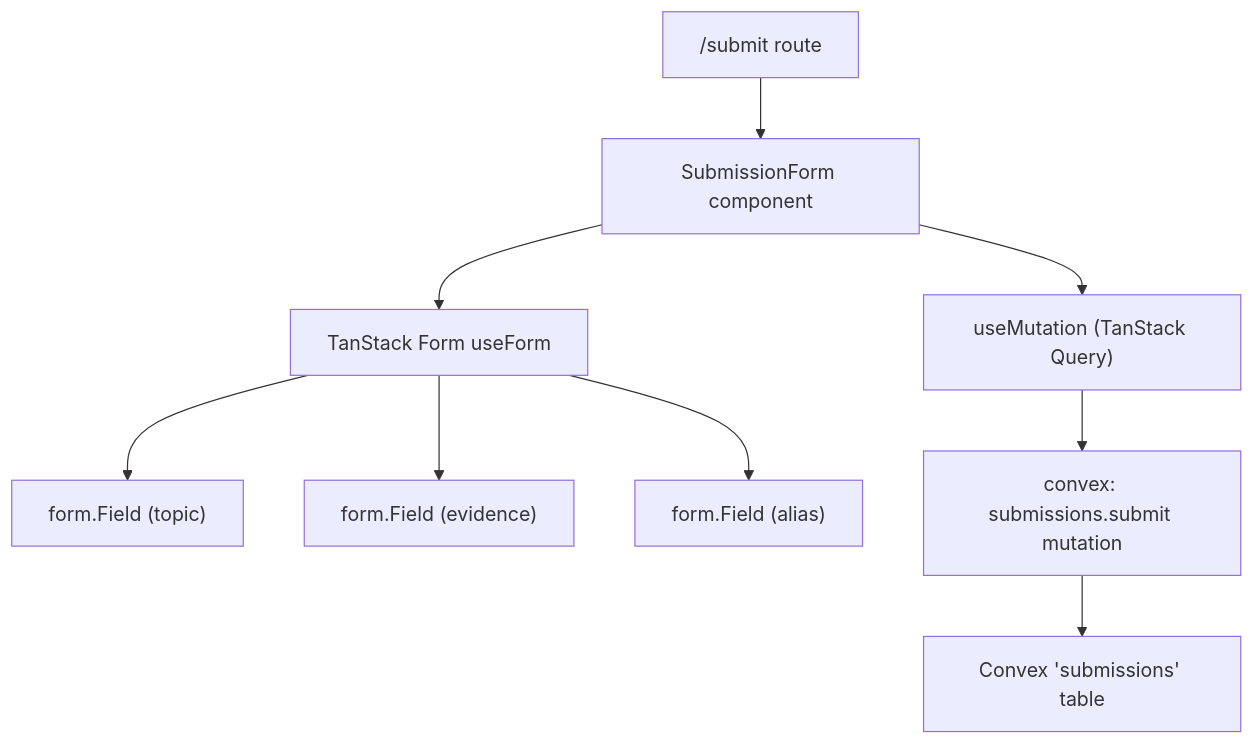
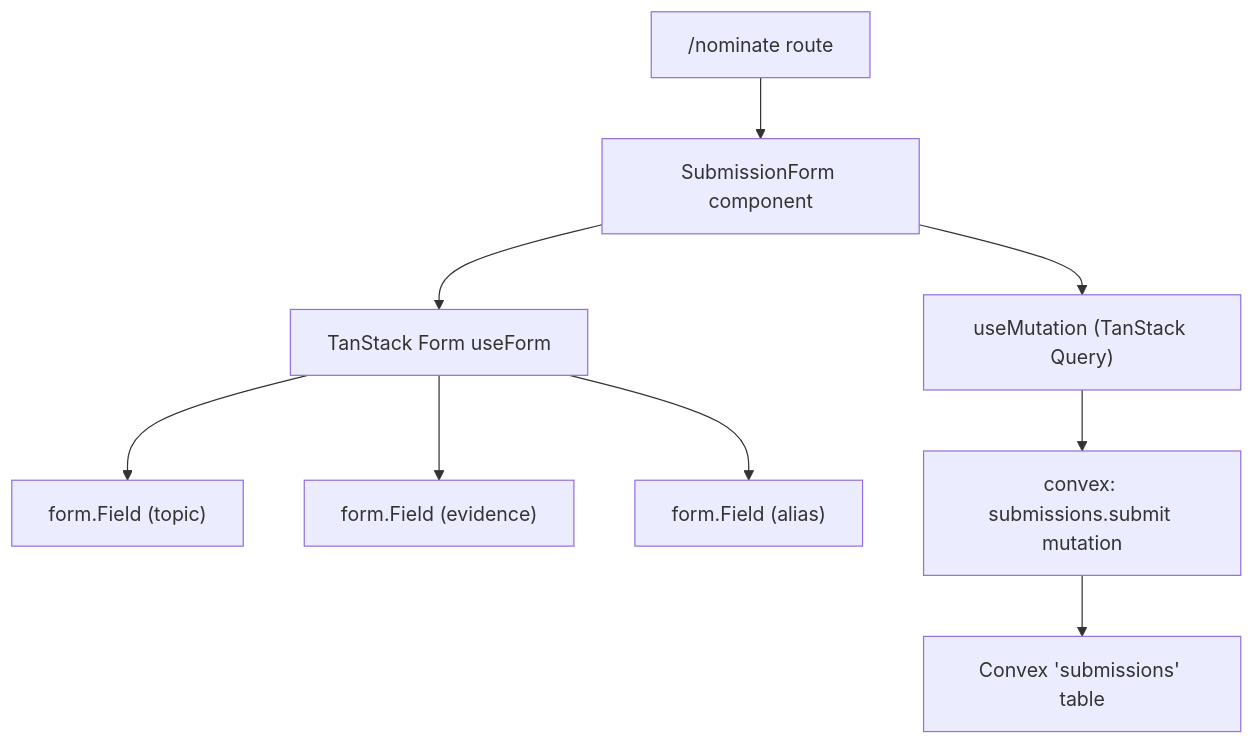
The diagram in .kiro/specs/topic-submission/design.md (walterfurrer/bullshit-corner), drawn with Mermaid before and after one commit. The commit also changed other lines of this file and 14 other files, not shown here.

First line of the commit message:
feat(submissions,nominate-route): Add email validation and rate limiting to topic submissions

````diff
--- a/.kiro/specs/topic-submission/design.md
+++ b/.kiro/specs/topic-submission/design.md
@@ -15,11 +15,11 @@
 ```mermaid
 graph TD
-    A["/submit route"] --> B["SubmissionForm component"]
+    A["/nominate route"] --> B["SubmissionForm component"]
     B --> C["TanStack Form useForm"]
     C --> D["form.Field (topic)"]
     C --> E["form.Field (evidence)"]
     C --> F["form.Field (alias)"]
     B --> G["useMutation (TanStack Query)"]
     G --> H["convex: submissions.submit mutation"]
     H --> I["Convex 'submissions' table"]
 ```
````
